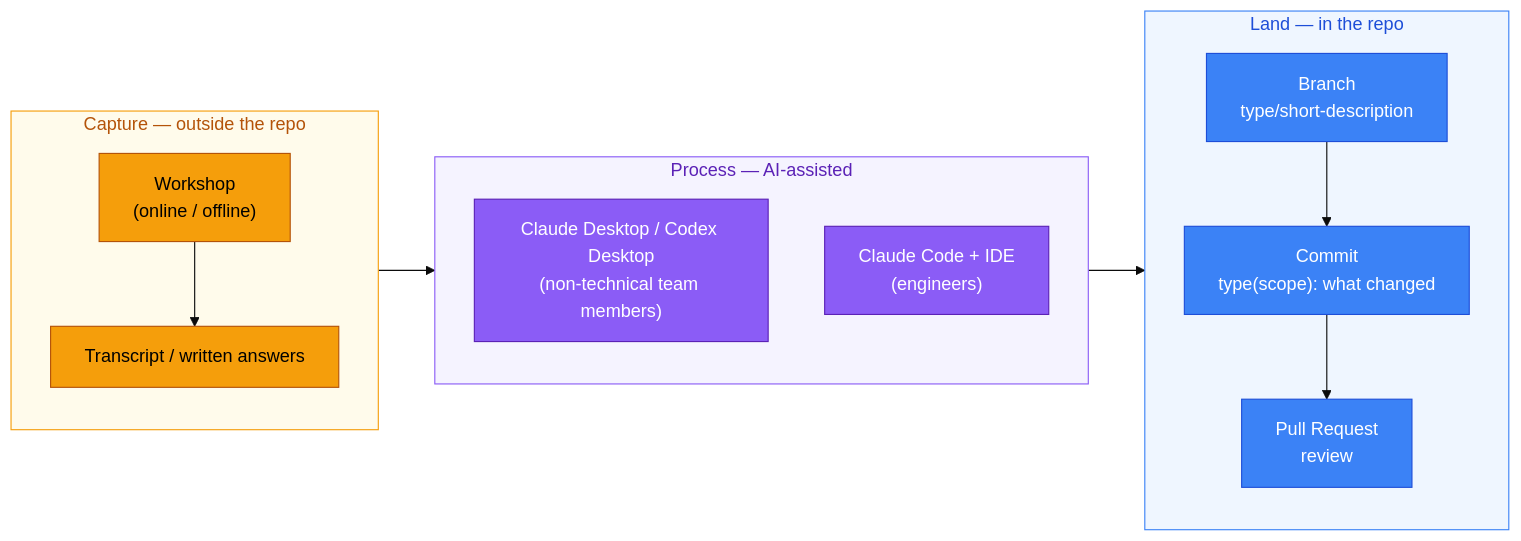
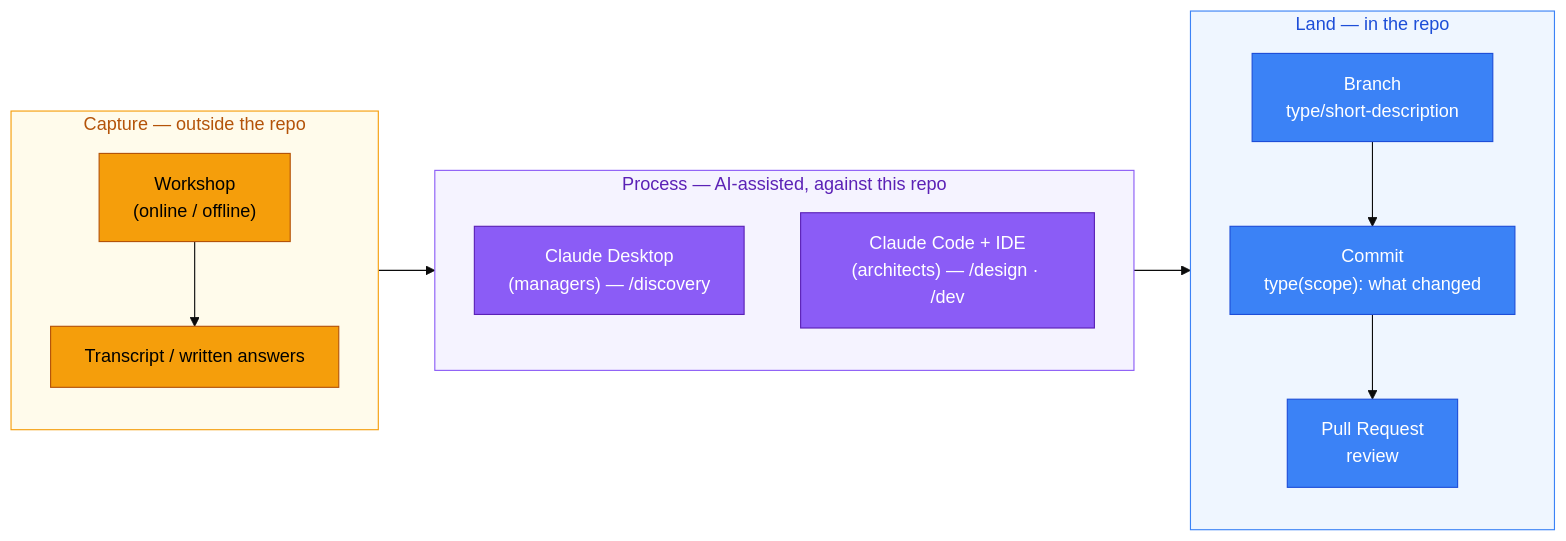
The diagram in docs/AI SDLC/01 Process/05 Team Collaboration.md (DataArt/adlc-discovery-tool), drawn with Mermaid (base theme) before and after one commit. The commit also changed other lines of this file and 9 other files, not shown here.

First line of the commit message:
feat(process): add Claude Desktop setup path for engagement managers

````diff
--- a/docs/AI SDLC/01 Process/05 Team Collaboration.md
+++ b/docs/AI SDLC/01 Process/05 Team Collaboration.md
@@ -5,37 +5,37 @@
 ```mermaid
 flowchart LR
     subgraph Capture["Capture — outside the repo"]
         direction TB
         WS["Workshop\n(online / offline)"]
         TR["Transcript / written answers"]
         WS --> TR
     end
 
-    subgraph Process["Process — AI-assisted"]
+    subgraph Process["Process — AI-assisted, against this repo"]
         direction TB
-        CD["Claude Desktop / Codex Desktop\n(non-technical team members)"]
-        CC["Claude Code + IDE\n(engineers)"]
+        CD["Claude Desktop\n(managers) — /discovery"]
+        CC["Claude Code + IDE\n(architects) — /design · /dev"]
     end
 
     subgraph Land["Land — in the repo"]
         direction TB
         BR["Branch\ntype/short-description"]
         CM["Commit\ntype(scope): what changed"]
         PR["Pull Request\nreview"]
         BR --> CM --> PR
     end
 
     TR --> Process --> Land
 
     classDef capture fill:#F59E0B,stroke:#B45309,color:#000
     classDef process fill:#8B5CF6,stroke:#5B21B6,color:#fff
     classDef land fill:#3B82F6,stroke:#1D4ED8,color:#fff
 
     class WS,TR capture
     class CD,CC process
     class BR,CM,PR land
 
     style Capture fill:#FFFBEB,stroke:#F59E0B,color:#B45309
     style Process fill:#F5F3FF,stroke:#8B5CF6,color:#5B21B6
     style Land fill:#EFF6FF,stroke:#3B82F6,color:#1D4ED8
 ```
````
